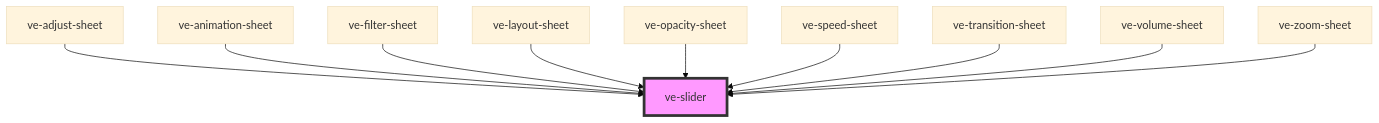
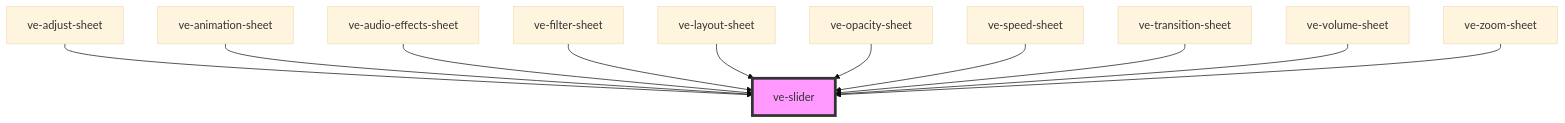
Before and after one commit to dotnetdreamer/capacitor-video-kit: the diagram in src/components/ve-slider/readme.md, drawn with Mermaid (base theme). The commit also changed other lines of this file and 55 other files, not shown here.

````diff
--- a/src/components/ve-slider/readme.md
+++ b/src/components/ve-slider/readme.md
@@ -88,13 +89,14 @@
 ```mermaid
 graph TD;
   ve-adjust-sheet --> ve-slider
   ve-animation-sheet --> ve-slider
+  ve-audio-effects-sheet --> ve-slider
   ve-filter-sheet --> ve-slider
   ve-layout-sheet --> ve-slider
   ve-opacity-sheet --> ve-slider
   ve-speed-sheet --> ve-slider
   ve-transition-sheet --> ve-slider
   ve-volume-sheet --> ve-slider
   ve-zoom-sheet --> ve-slider
   style ve-slider fill:#f9f,stroke:#333,stroke-width:4px
 ```
````
